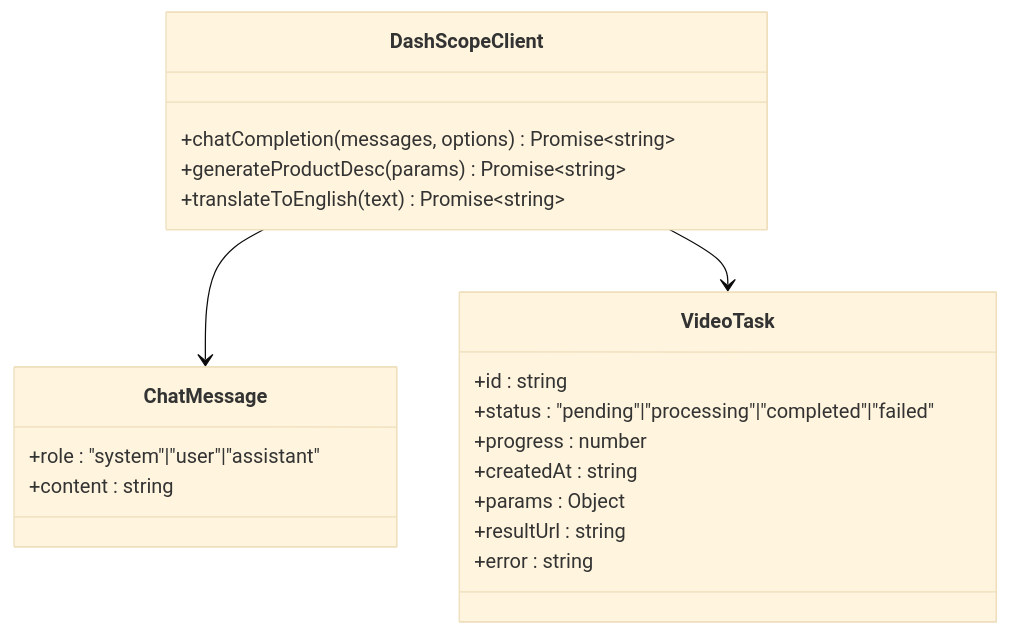
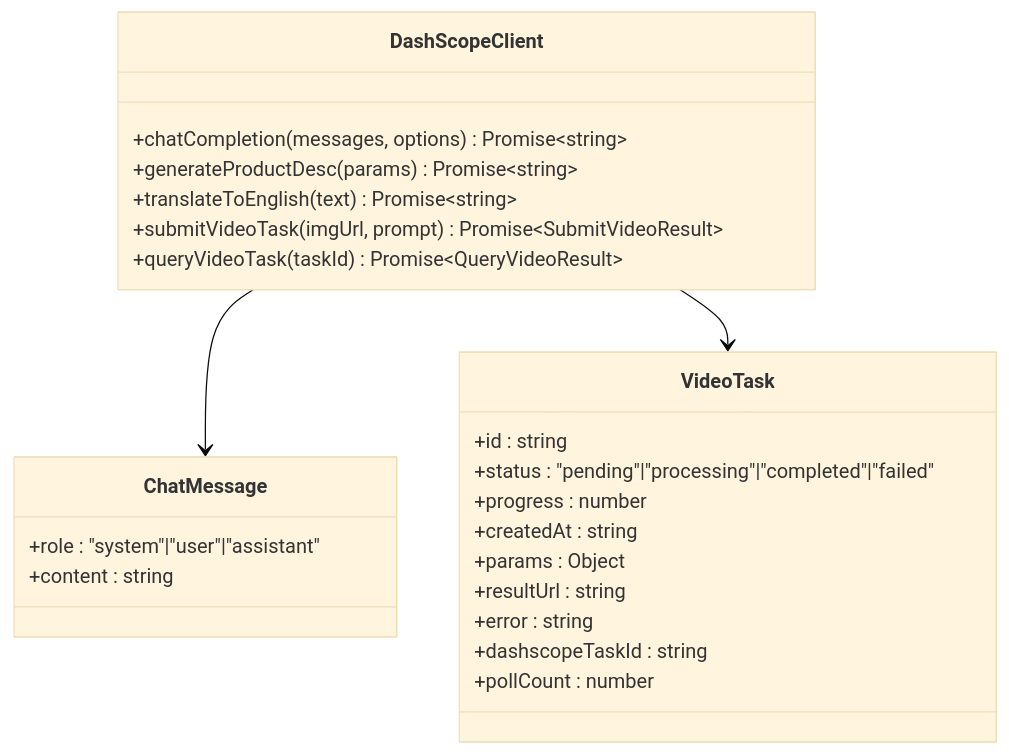
One commit to zuozuoliu740-cmd/xianxiong-news changed the sixth of 16 diagrams in .qoder/repowiki/zh/content/核心功能模块/AI实验室模块.md. Above: the diagram before and after it, drawn with Mermaid (base theme). The commit also changed other lines of this file and 8 other files, not shown here.

````diff
--- a/.qoder/repowiki/zh/content/核心功能模块/AI实验室模块.md
+++ b/.qoder/repowiki/zh/content/核心功能模块/AI实验室模块.md
@@ -312,23 +316,27 @@
 ```mermaid
 classDiagram
 class DashScopeClient {
 +chatCompletion(messages, options) Promise~string~
 +generateProductDesc(params) Promise~string~
 +translateToEnglish(text) Promise~string~
++submitVideoTask(imgUrl, prompt) Promise~SubmitVideoResult~
++queryVideoTask(taskId) Promise~QueryVideoResult~
 }
 class ChatMessage {
 +role : "system"|"user"|"assistant"
 +content : string
 }
 class VideoTask {
 +id : string
 +status : "pending"|"processing"|"completed"|"failed"
 +progress : number
 +createdAt : string
 +params : Object
 +resultUrl : string
 +error : string
++dashscopeTaskId : string
++pollCount : number
 }
 DashScopeClient --> ChatMessage
 DashScopeClient --> VideoTask
 ```
````
